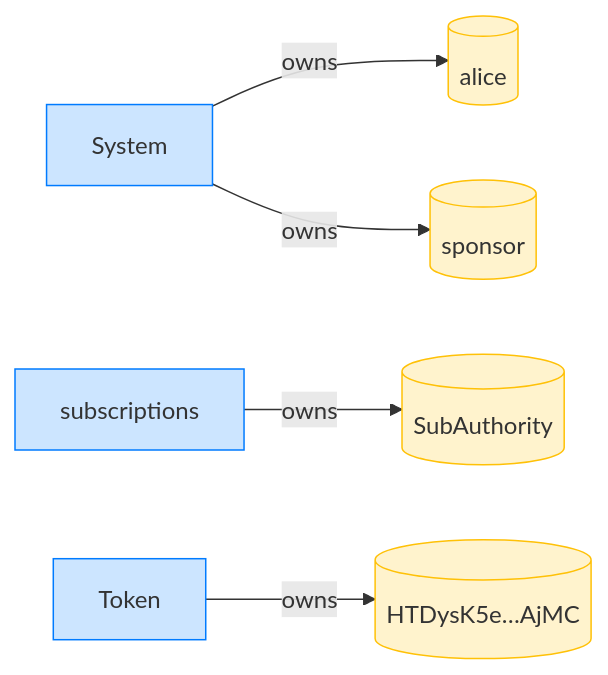
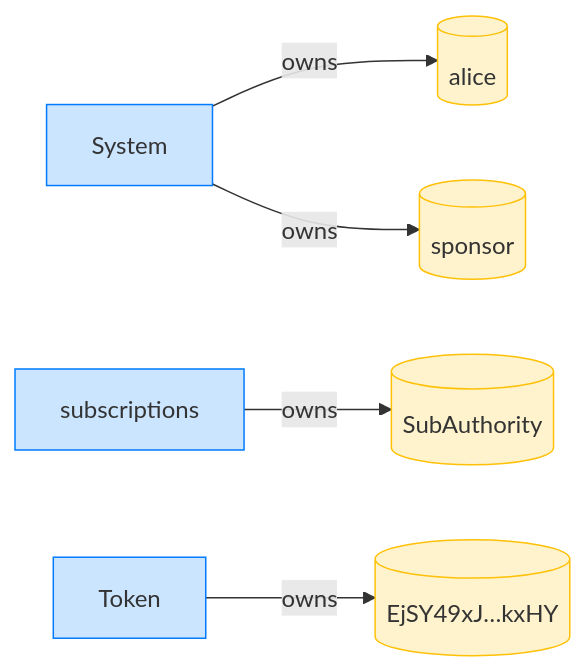
The fourth of 8 diagrams in dsl_tests/idempotent-init-preserves-the-original-payer.md (cds-rs/subscriptions), drawn with Mermaid before and after one commit. The commit also changed other lines of this file and 224 other files, not shown here.

````diff
--- a/dsl_tests/idempotent-init-preserves-the-original-payer.md
+++ b/dsl_tests/idempotent-init-preserves-the-original-payer.md
@@ -76,16 +81,16 @@
 ```mermaid
 flowchart LR
     classDef owner fill:#cce5ff,stroke:#007bff;
     classDef account fill:#fff3cd,stroke:#ffc107;
     System[System]:::owner
     alice[(alice)]:::account
     subscriptions[subscriptions]:::owner
     SubAuthority[(SubAuthority)]:::account
     Token[Token]:::owner
-    HTDysK5e_AjMC[("HTDysK5e…AjMC")]:::account
+    EjSY49xJ_kxHY[("EjSY49xJ…kxHY")]:::account
     sponsor[(sponsor)]:::account
     System -->|owns| alice
     subscriptions -->|owns| SubAuthority
-    Token -->|owns| HTDysK5e_AjMC
+    Token -->|owns| EjSY49xJ_kxHY
     System -->|owns| sponsor
 ```
````
